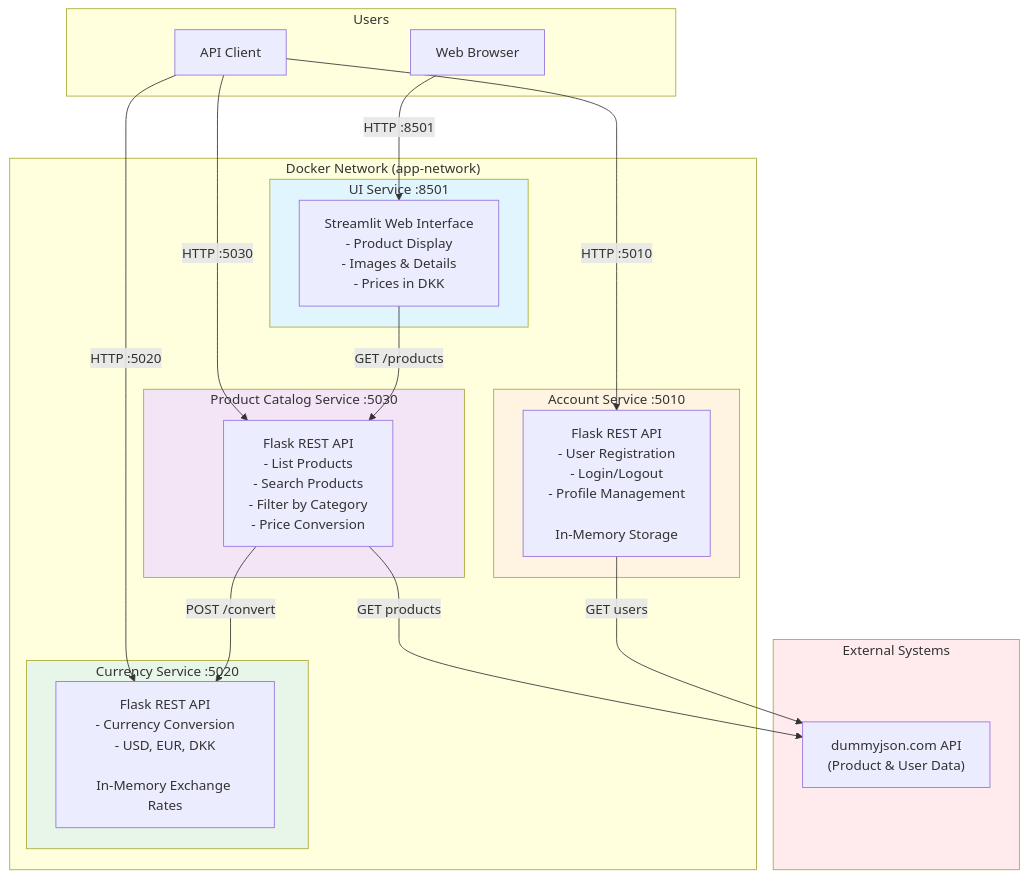
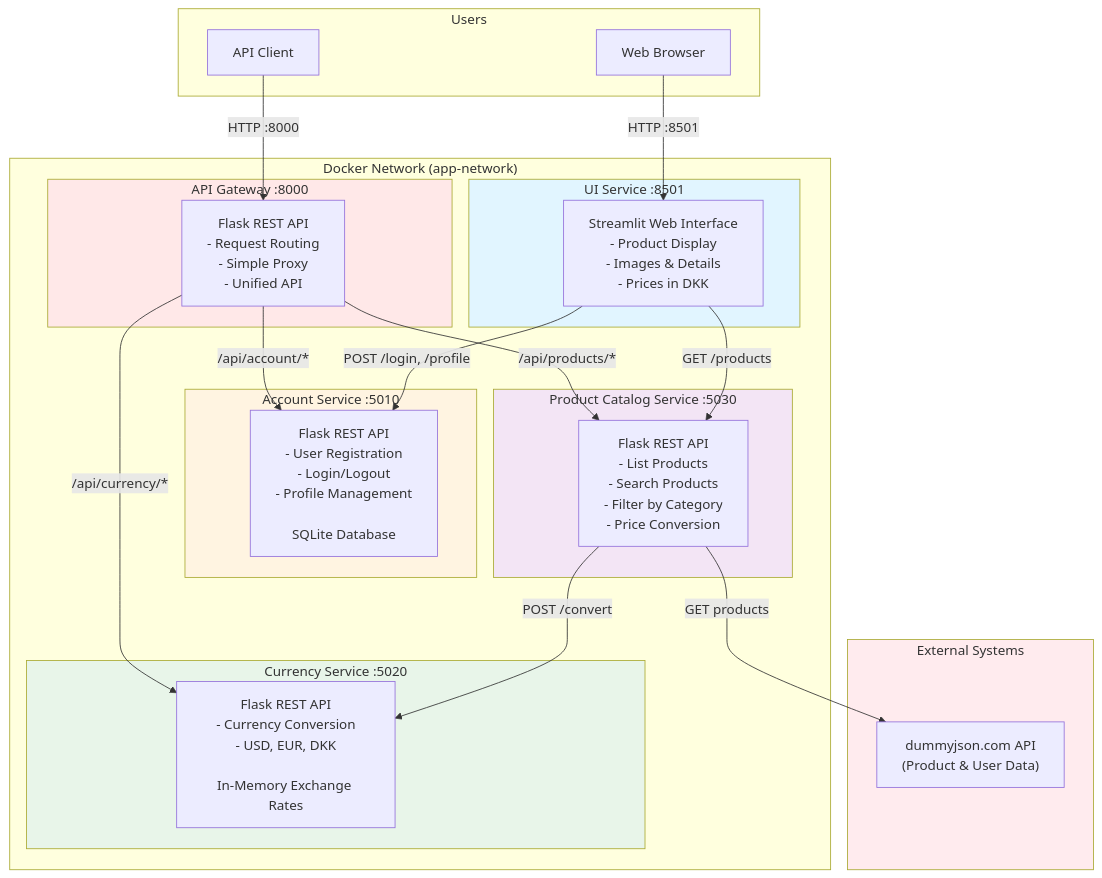
Before and after one commit to ITAKEA/Shopping_Site_Microservices: the first of 7 diagrams in documentation/arkitektur.md, drawn with Mermaid. The commit also changed other lines of this file and 14 other files, not shown here.

First line of the commit message:
docs(account): add JWT authentication and database documentation

````diff
--- a/documentation/arkitektur.md
+++ b/documentation/arkitektur.md
@@ -15,45 +16,52 @@
 ```mermaid
 graph TB
     subgraph External["External Systems"]
         DummyJSON["dummyjson.com API<br/>(Product & User Data)"]
     end
 
     subgraph Docker["Docker Network (app-network)"]
+        subgraph Gateway["API Gateway :8000"]
+            GatewayService["Flask REST API<br/>- Request Routing<br/>- Simple Proxy<br/>- Unified API"]
+        end
+
         subgraph UI["UI Service :8501"]
             Streamlit["Streamlit Web Interface<br/>- Product Display<br/>- Images & Details<br/>- Prices in DKK"]
         end
 
         subgraph Account["Account Service :5010"]
-            AccService["Flask REST API<br/>- User Registration<br/>- Login/Logout<br/>- Profile Management<br/><br/>In-Memory Storage"]
+            AccService["Flask REST API<br/>- User Registration<br/>- Login/Logout<br/>- Profile Management<br/><br/>SQLite Database"]
         end
 
         subgraph Currency["Currency Service :5020"]
             CurService["Flask REST API<br/>- Currency Conversion<br/>- USD, EUR, DKK<br/><br/>In-Memory Exchange Rates"]
         end
 
         subgraph Product["Product Catalog Service :5030"]
             ProdService["Flask REST API<br/>- List Products<br/>- Search Products<br/>- Filter by Category<br/>- Price Conversion"]
         end
     end
 
     subgraph Users["Users"]
         Browser["Web Browser"]
         APIClient["API Client"]
     end
 
     Browser -->|HTTP :8501| Streamlit
-    APIClient -->|HTTP :5010| AccService
-    APIClient -->|HTTP :5020| CurService
-    APIClient -->|HTTP :5030| ProdService
+    APIClient -->|HTTP :8000| GatewayService
+
+    GatewayService -->|/api/account/*| AccService
+    GatewayService -->|/api/currency/*| CurService
+    GatewayService -->|/api/products/*| ProdService
 
     Streamlit -->|GET /products| ProdService
+    Streamlit -->|POST /login, /profile| AccService
     ProdService -->|POST /convert| CurService
     ProdService -->|GET products| DummyJSON
-    AccService -->|GET users| DummyJSON
 
+    style Gateway fill:#ffe8e8
     style UI fill:#e1f5ff
     style Account fill:#fff4e1
     style Currency fill:#e8f5e9
     style Product fill:#f3e5f5
     style External fill:#ffebee
 ```
````
